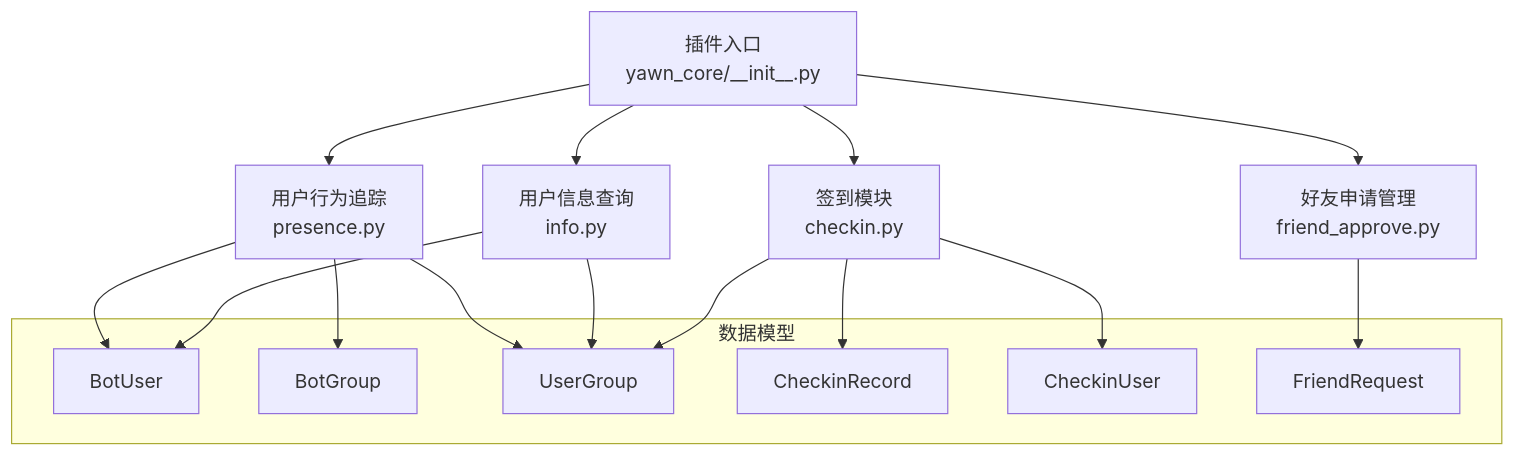
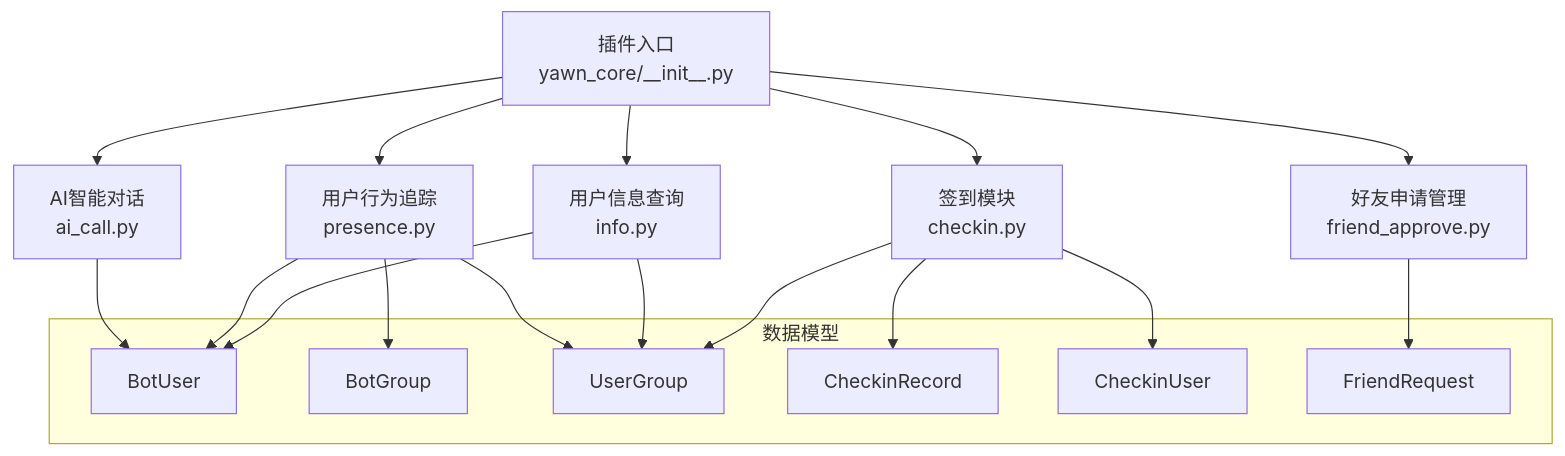
One commit to Wohaokunr/yawn_bot changed the first of 8 diagrams in .qoder/repowiki/zh/content/核心功能模块/核心功能模块.md. Above: the diagram before and after it, drawn with Mermaid. The commit also changed other lines of this file and 13 other files, not shown here.

````diff
--- a/.qoder/repowiki/zh/content/核心功能模块/核心功能模块.md
+++ b/.qoder/repowiki/zh/content/核心功能模块/核心功能模块.md
@@ -40,24 +53,26 @@
 ```mermaid
 graph TB
 A["插件入口<br/>yawn_core/__init__.py"] --> B["签到模块<br/>checkin.py"]
 A --> C["好友申请管理<br/>friend_approve.py"]
 A --> D["用户信息查询<br/>info.py"]
 A --> E["用户行为追踪<br/>presence.py"]
+A --> F["AI智能对话<br/>ai_call.py"]
 subgraph "数据模型"
 M1["BotUser"]
 M2["BotGroup"]
 M3["UserGroup"]
 M4["CheckinRecord"]
 M5["CheckinUser"]
 M6["FriendRequest"]
 end
 B --> M3
 B --> M4
 B --> M5
 C --> M6
 D --> M1
 D --> M3
 E --> M1
 E --> M2
 E --> M3
+F --> M1
 ```
````
